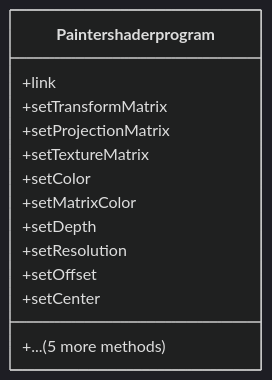
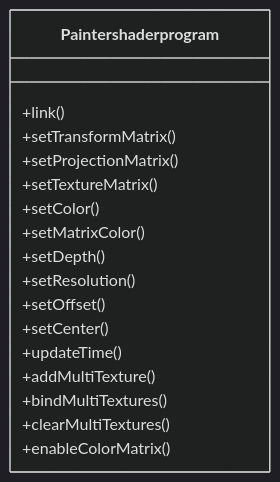
Before and after one commit to lukaszj321/otcv8-dev: the diagram in docs/authoring/01_core/api/cpp/framework/diagrams/paintershaderprogram.mmd, drawn with Mermaid. The commit also changed 60 other files, not shown here.

Commit message:
fix: show all methods in class diagrams without truncation

```diff
--- a/docs/authoring/01_core/api/cpp/framework/diagrams/paintershaderprogram.mmd
+++ b/docs/authoring/01_core/api/cpp/framework/diagrams/paintershaderprogram.mmd
@@ -1,15 +1,19 @@
 %%{init: {'theme':'dark','themeVariables': {'primaryTextColor':'#ddd','lineColor':'#9aa0a6'},'securityLevel':'loose'}}%%
 classDiagram
     class Paintershaderprogram {
-        +link
-        +setTransformMatrix
-        +setProjectionMatrix
-        +setTextureMatrix
-        +setColor
-        +setMatrixColor
-        +setDepth
-        +setResolution
-        +setOffset
-        +setCenter
-        +... (5 more methods)
+        +link()
+        +setTransformMatrix()
+        +setProjectionMatrix()
+        +setTextureMatrix()
+        +setColor()
+        +setMatrixColor()
+        +setDepth()
+        +setResolution()
+        +setOffset()
+        +setCenter()
+        +updateTime()
+        +addMultiTexture()
+        +bindMultiTextures()
+        +clearMultiTextures()
+        +enableColorMatrix()
     }
```
